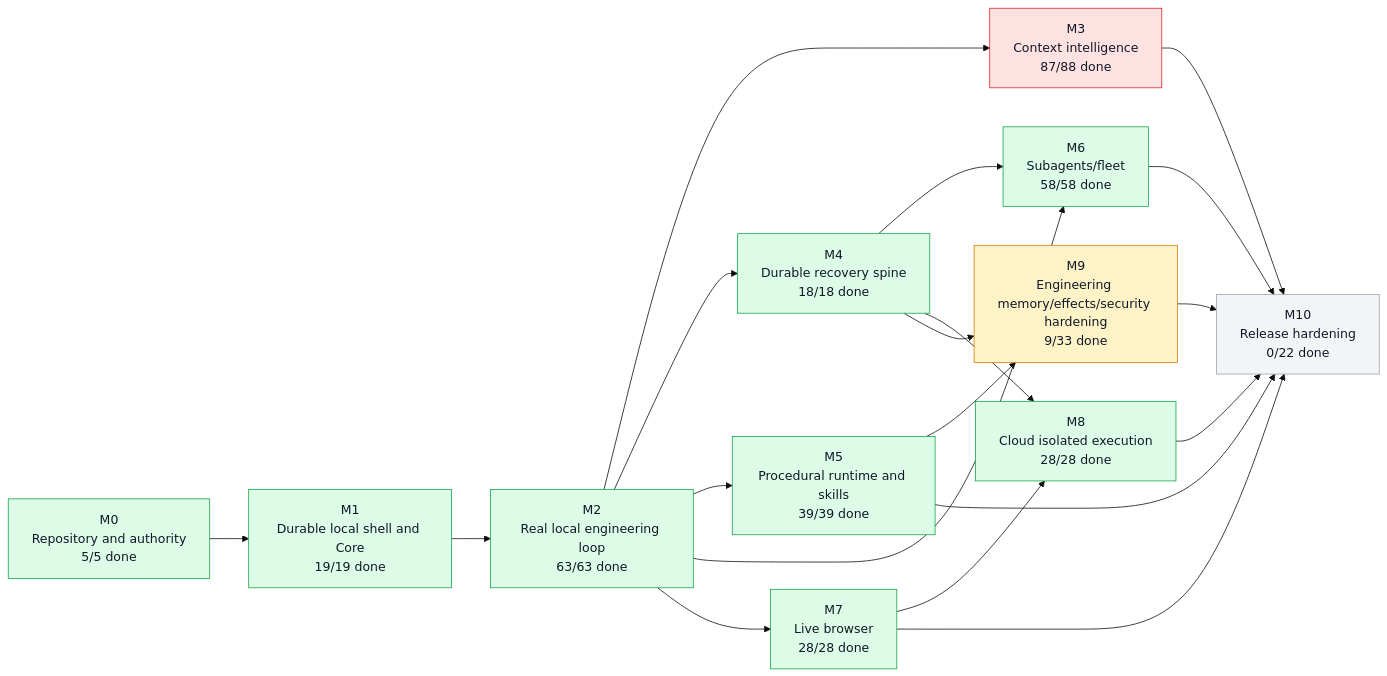
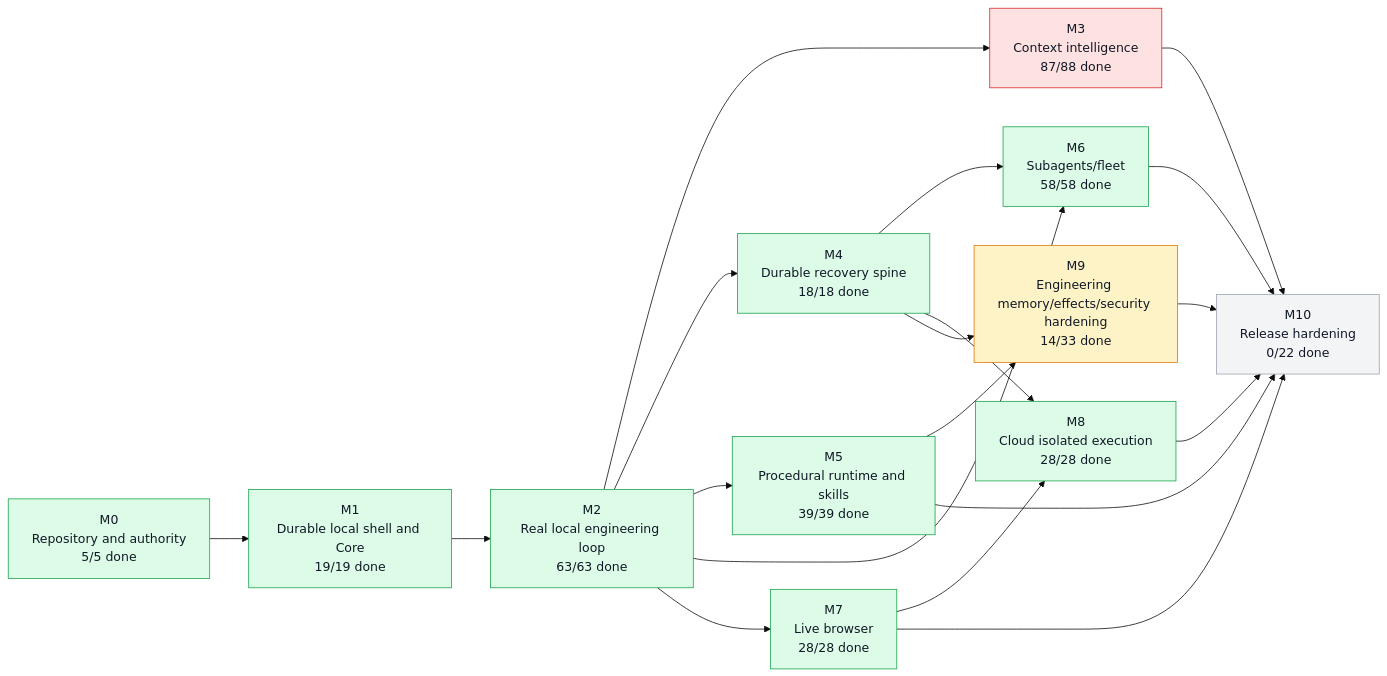
Before and after one commit to moss101/modbit: the first of 5 diagrams in graph/PROJECT_GRAPH.md, drawn with Mermaid (base theme). The commit also changed other lines of this file and 10 other files, not shown here.

````diff
--- a/graph/PROJECT_GRAPH.md
+++ b/graph/PROJECT_GRAPH.md
@@ -57,43 +57,43 @@
 ```mermaid
 flowchart LR
   M0["M0<br/>Repository and authority<br/>5/5 done"]
   M1["M1<br/>Durable local shell and Core<br/>19/19 done"]
   M2["M2<br/>Real local engineering loop<br/>63/63 done"]
   M3["M3<br/>Context intelligence<br/>87/88 done"]
   M4["M4<br/>Durable recovery spine<br/>18/18 done"]
   M5["M5<br/>Procedural runtime and skills<br/>39/39 done"]
   M6["M6<br/>Subagents/fleet<br/>58/58 done"]
   M7["M7<br/>Live browser<br/>28/28 done"]
   M8["M8<br/>Cloud isolated execution<br/>28/28 done"]
-  M9["M9<br/>Engineering memory/effects/security hardening<br/>9/33 done"]
+  M9["M9<br/>Engineering memory/effects/security hardening<br/>14/33 done"]
   M10["M10<br/>Release hardening<br/>0/22 done"]
   M0 --> M1
   M1 --> M2
   M2 --> M3
   M2 --> M4
   M2 --> M5
   M2 --> M6
   M4 --> M6
   M2 --> M7
   M4 --> M8
   M7 --> M8
   M4 --> M9
   M5 --> M9
   M3 --> M10
   M5 --> M10
   M6 --> M10
   M7 --> M10
   M8 --> M10
   M9 --> M10
   style M0 fill:#dcfce7,stroke:#16a34a,color:#111827
   style M1 fill:#dcfce7,stroke:#16a34a,color:#111827
   style M2 fill:#dcfce7,stroke:#16a34a,color:#111827
   style M3 fill:#fee2e2,stroke:#dc2626,color:#111827
   style M4 fill:#dcfce7,stroke:#16a34a,color:#111827
   style M5 fill:#dcfce7,stroke:#16a34a,color:#111827
   style M6 fill:#dcfce7,stroke:#16a34a,color:#111827
   style M7 fill:#dcfce7,stroke:#16a34a,color:#111827
   style M8 fill:#dcfce7,stroke:#16a34a,color:#111827
   style M9 fill:#fef3c7,stroke:#d97706,color:#111827
   style M10 fill:#f3f4f6,stroke:#9ca3af,color:#111827
 ```
````
